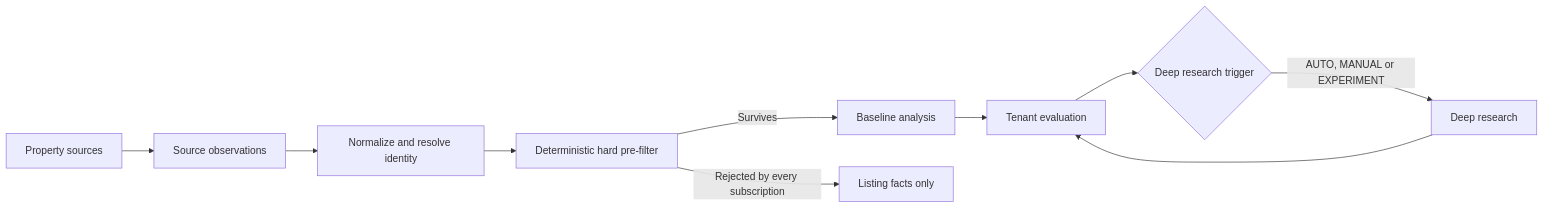
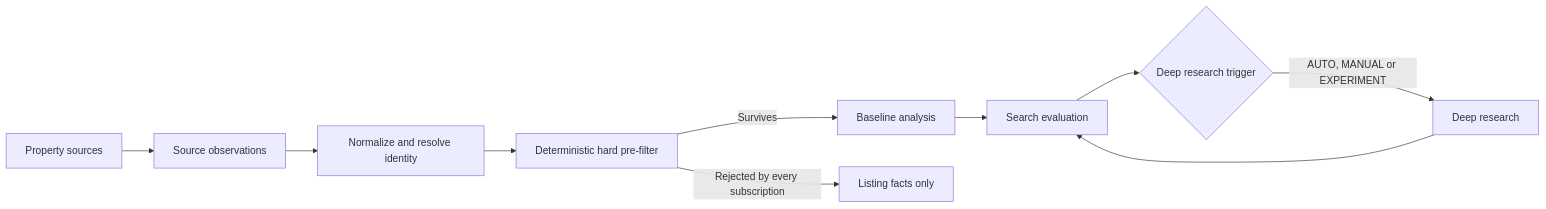
One commit to robsgreen/property-focus changed the eighth of 30 diagrams in specs/property-focus/master-plan.md. Above: the diagram before and after it, drawn with Mermaid. The commit also changed other lines of this file and 1 other file, not shown here.

````diff
--- a/specs/property-focus/master-plan.md
+++ b/specs/property-focus/master-plan.md
@@ -146,12 +181,12 @@
 ```mermaid
 flowchart LR
     Sources[Property sources] --> Obs[Source observations]
     Obs --> Identity[Normalize and resolve identity]
     Identity --> Filter[Deterministic hard pre-filter]
     Filter -->|Survives| Baseline[Baseline analysis]
     Filter -->|Rejected by every subscription| Stop[Listing facts only]
-    Baseline --> Eval[Tenant evaluation]
+    Baseline --> Eval[Search evaluation]
     Eval --> Trigger{Deep research trigger}
     Trigger -->|AUTO, MANUAL or EXPERIMENT| Deep[Deep research]
     Deep --> Eval
 ```
````
